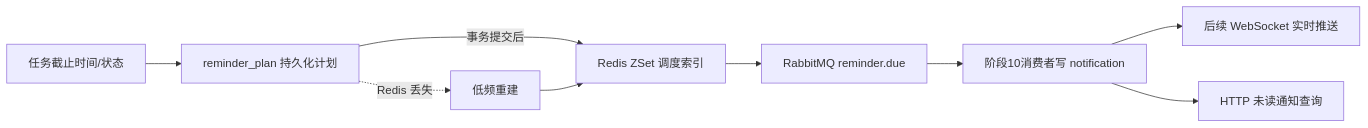
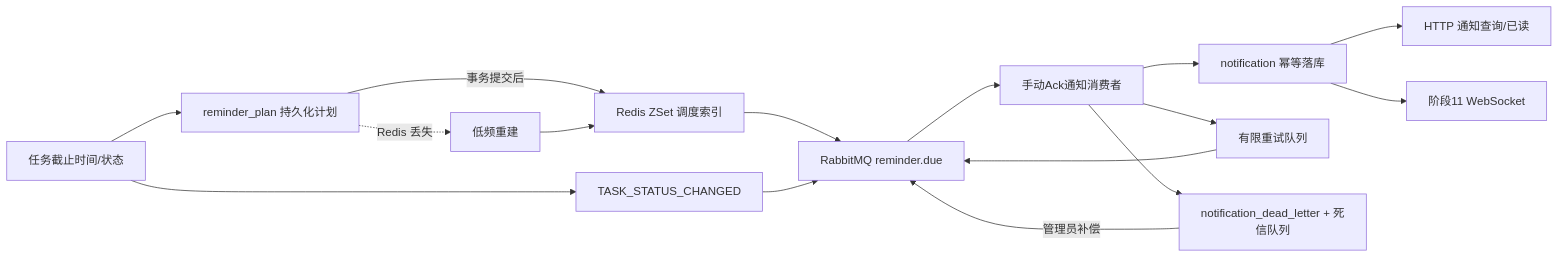
One commit to UFUN0220/taskflow changed the diagram in docs/message-flow.md. Above: the diagram before and after it, drawn with Mermaid. The commit also changed other lines of this file and 101 other files, not shown here.

````diff
--- a/docs/message-flow.md
+++ b/docs/message-flow.md
@@ -5,11 +5,18 @@
 ```mermaid
 flowchart LR
     T[任务截止时间/状态] --> RP[reminder_plan 持久化计划]
     RP -->|事务提交后| Z[Redis ZSet 调度索引]
     Z --> MQ[RabbitMQ reminder.due]
-    MQ --> N[阶段10消费者写 notification]
-    N --> WS[后续 WebSocket 实时推送]
-    N --> HTTP[HTTP 未读通知查询]
-    RP -. Redis 丢失 .-> R[低频重建]
-    R --> Z
+    T --> TS[TASK_STATUS_CHANGED]
+    TS --> MQ
+    MQ --> C[手动Ack通知消费者]
+    C --> N[notification 幂等落库]
+    C --> R[有限重试队列]
+    R --> MQ
+    C --> DL[notification_dead_letter + 死信队列]
+    DL -->|管理员补偿| MQ
+    N --> HTTP[HTTP 通知查询/已读]
+    N --> WS[阶段11 WebSocket]
+    RP -. Redis 丢失 .-> RB[低频重建]
+    RB --> Z
 ```
````
